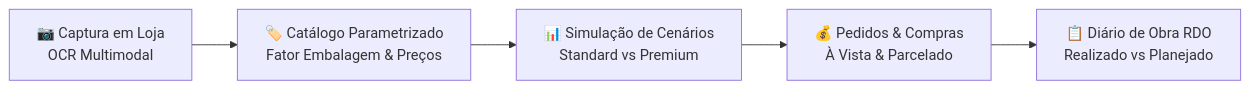
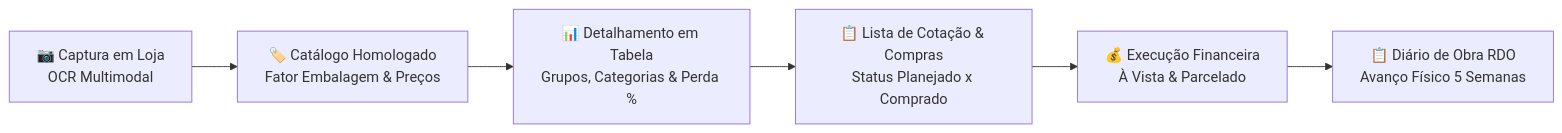
One commit to sandrofreitas-web/sistema_obras changed the diagram in README.md. Above: the diagram before and after it, drawn with Mermaid. The commit also changed other lines of this file, not shown here.

Commit message:
docs: atualizar README com fases sequenciais, tabela compacta e link PWA mobile

````diff
--- a/README.md
+++ b/README.md
@@ -11,7 +11,8 @@
 ```mermaid
 graph LR
-    A[📷 Captura em Loja<br/>OCR Multimodal] --> B[🏷️ Catálogo Parametrizado<br/>Fator Embalagem & Preços]
-    B --> C[📊 Simulação de Cenários<br/>Standard vs Premium]
-    C --> D[💰 Pedidos & Compras<br/>À Vista & Parcelado]
-    D --> E[📋 Diário de Obra RDO<br/>Realizado vs Planejado]
+    A[📷 Captura em Loja<br/>OCR Multimodal] --> B[🏷️ Catálogo Homologado<br/>Fator Embalagem & Preços]
+    B --> C[📊 Detalhamento em Tabela<br/>Grupos, Categorias & Perda %]
+    C --> D[📋 Lista de Cotação & Compras<br/>Status Planejado x Comprado]
+    D --> E[💰 Execução Financeira<br/>À Vista & Parcelado]
+    E --> F[📋 Diário de Obra RDO<br/>Avanço Físico 5 Semanas]
 ```
````
